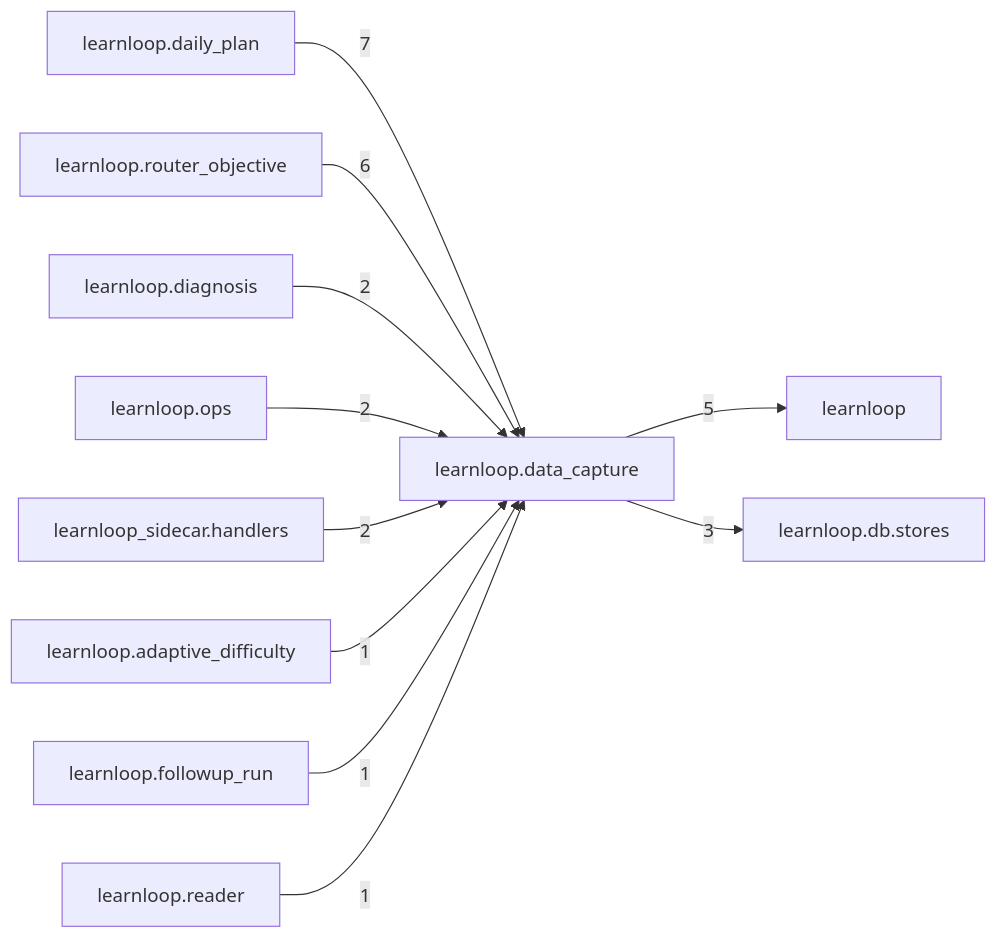
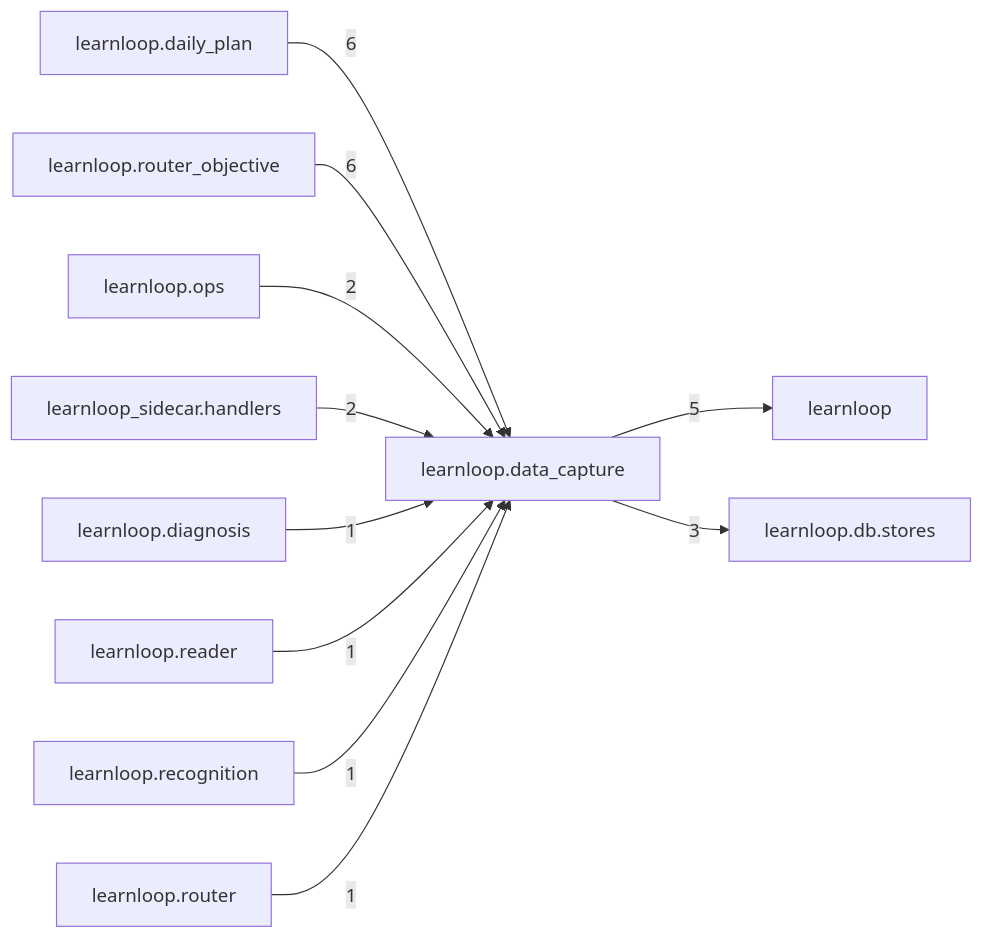
Before and after one commit to 6up-b/learnanything: the diagram in docs/learnloop-architecture-vault/Reference/Modules/learnloop/data_capture/_package.md, drawn with Mermaid. The commit also changed other lines of this file and 88 other files, not shown here.

````diff
--- a/docs/learnloop-architecture-vault/Reference/Modules/learnloop/data_capture/_package.md
+++ b/docs/learnloop-architecture-vault/Reference/Modules/learnloop/data_capture/_package.md
@@ -82,24 +79,24 @@
 ```mermaid
 flowchart LR
     center["learnloop.data_capture"]
     n_learnloop_daily_plan["learnloop.daily_plan"]
     n_learnloop_router_objective["learnloop.router_objective"]
     n_learnloop["learnloop"]
     n_learnloop_db_stores["learnloop.db.stores"]
-    n_learnloop_diagnosis["learnloop.diagnosis"]
     n_learnloop_ops["learnloop.ops"]
     n_learnloop_sidecar_handlers["learnloop_sidecar.handlers"]
-    n_learnloop_adaptive_difficulty["learnloop.adaptive_difficulty"]
-    n_learnloop_followup_run["learnloop.followup_run"]
+    n_learnloop_diagnosis["learnloop.diagnosis"]
     n_learnloop_reader["learnloop.reader"]
-    n_learnloop_daily_plan -->|7| center
+    n_learnloop_recognition["learnloop.recognition"]
+    n_learnloop_router["learnloop.router"]
+    n_learnloop_daily_plan -->|6| center
     n_learnloop_router_objective -->|6| center
     center -->|5| n_learnloop
     center -->|3| n_learnloop_db_stores
-    n_learnloop_diagnosis -->|2| center
     n_learnloop_ops -->|2| center
     n_learnloop_sidecar_handlers -->|2| center
-    n_learnloop_adaptive_difficulty -->|1| center
-    n_learnloop_followup_run -->|1| center
+    n_learnloop_diagnosis -->|1| center
     n_learnloop_reader -->|1| center
+    n_learnloop_recognition -->|1| center
+    n_learnloop_router -->|1| center
 ```
````
